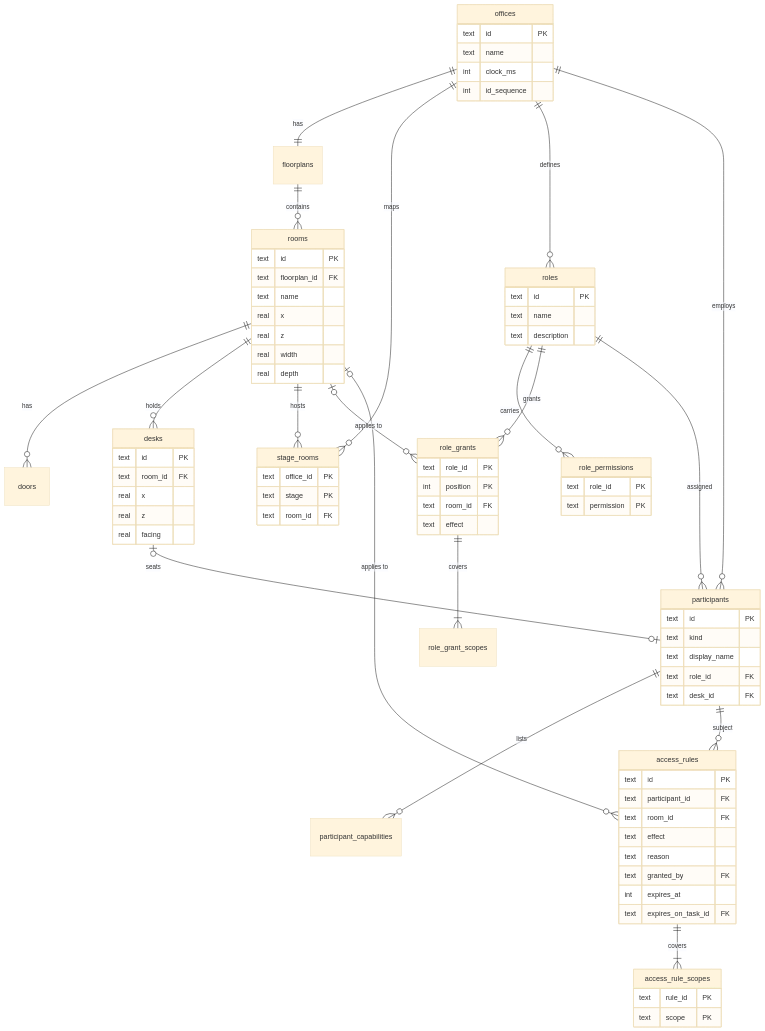
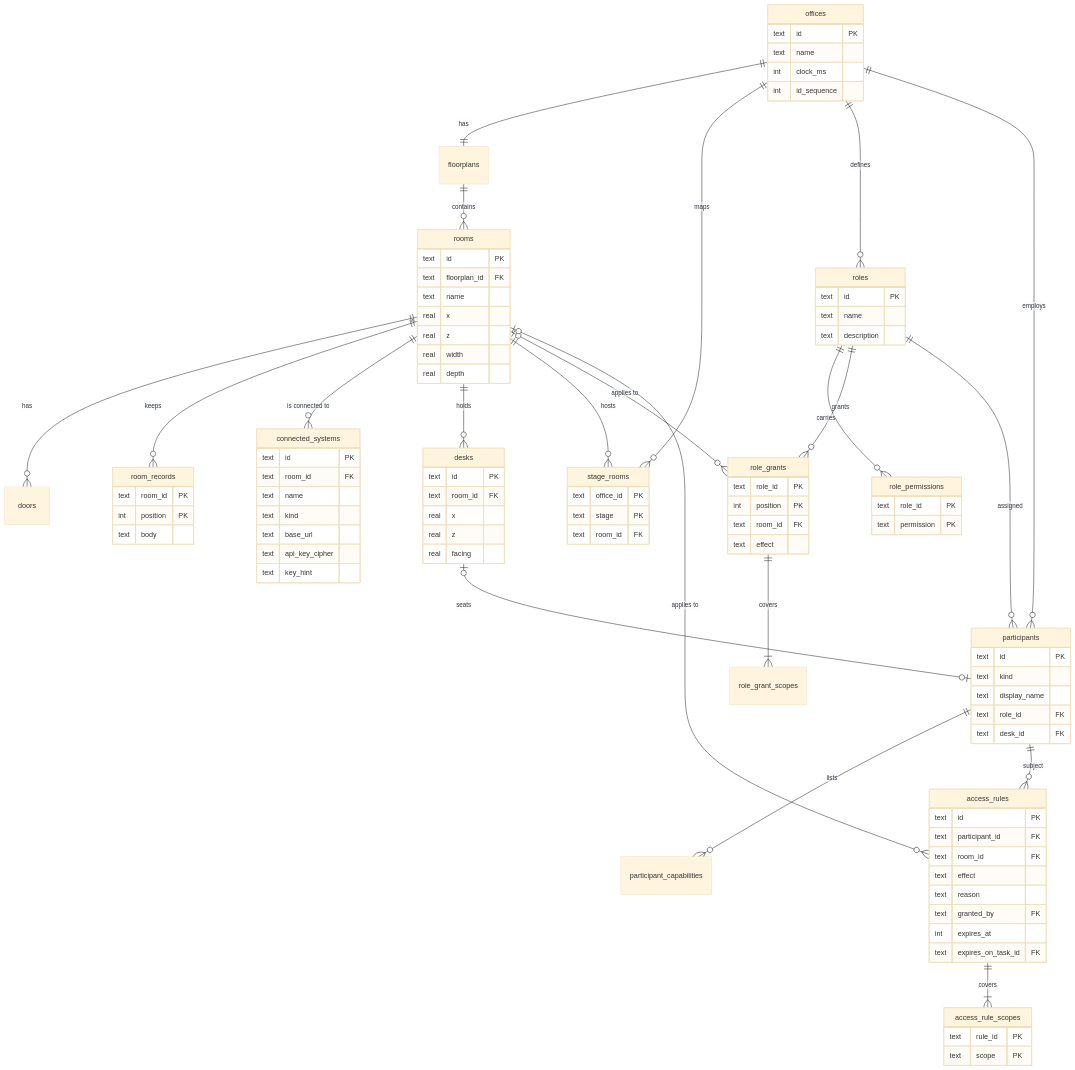
One commit to seyitgkc/ai-virtual-office changed the tenth of 14 diagrams in README.md. Above: the diagram before and after it, drawn with Mermaid (base theme). The commit also changed other lines of this file and 2 other files, not shown here.

```diff
--- a/README.md
+++ b/README.md
@@ -746,6 +800,8 @@
   offices ||--|| floorplans : has
   floorplans ||--o{ rooms : contains
   rooms ||--o{ doors : has
+  rooms ||--o{ room_records : keeps
+  rooms ||--o{ connected_systems : "is connected to"
   rooms ||--o{ desks : holds
   rooms ||--o{ stage_rooms : hosts
   offices ||--o{ stage_rooms : maps
@@ -783,6 +839,20 @@
     real x
     real z
     real facing
+  }
+  room_records {
+    text room_id PK
+    int position PK
+    text body
+  }
+  connected_systems {
+    text id PK
+    text room_id FK
+    text name
+    text kind
+    text base_url
+    text api_key_cipher
+    text key_hint
   }
   stage_rooms {
     text office_id PK
```
